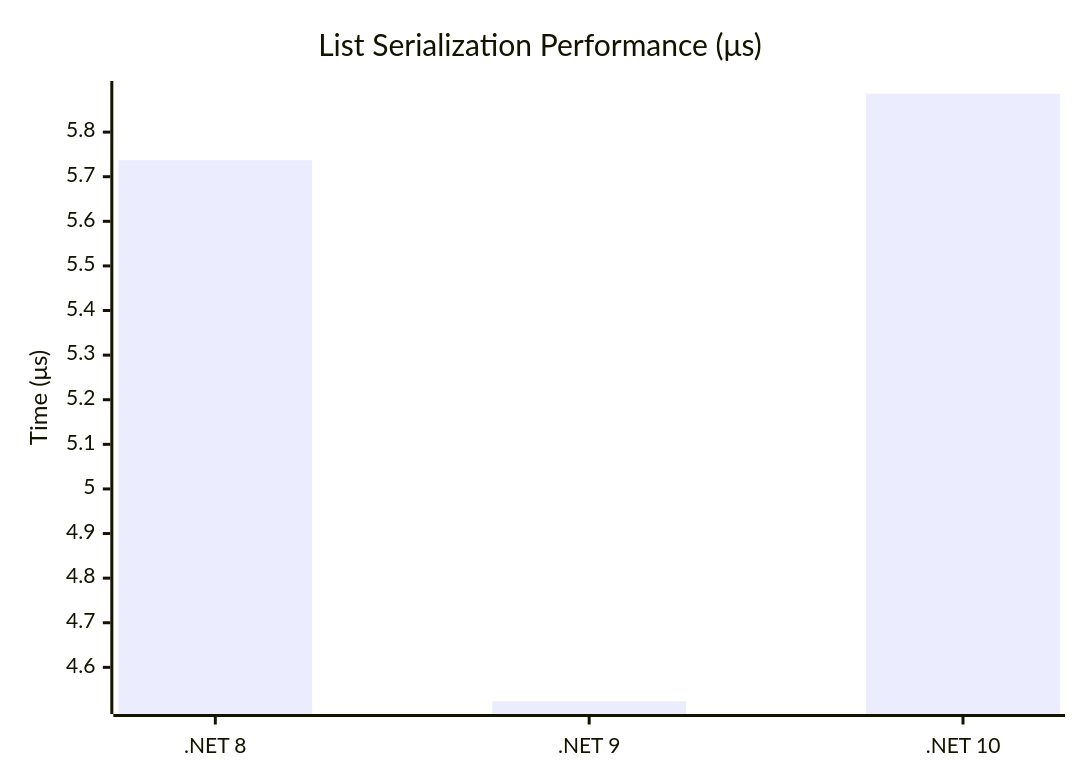
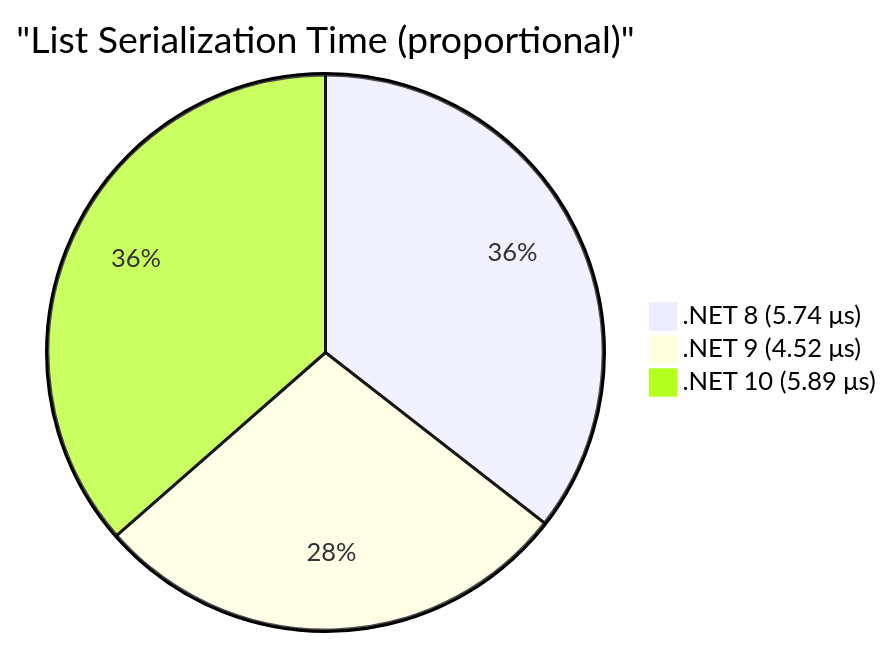
One commit to IsMikeTaken/ProtobuffEncoder changed the first of 2 diagrams in Writerside/topics/collections_and_types1.md. Above: the diagram before and after it, drawn with Mermaid. The commit also changed other lines of this file and 64 other files, not shown here.

````diff
--- a/Writerside/topics/collections_and_types1.md
+++ b/Writerside/topics/collections_and_types1.md
@@ -18,7 +18,6 @@
 ```mermaid
-xychart-beta
-    title "List Serialization Performance (μs)"
-    x-axis [".NET 8", ".NET 9", ".NET 10"]
-    y-axis "Time (μs)"
-    bar [5.737, 4.524, 5.886]
+pie title "List Serialization Time (proportional)"
+    ".NET 8 (5.74 μs)" : 5737
+    ".NET 9 (4.52 μs)" : 4524
+    ".NET 10 (5.89 μs)" : 5886
 ```
````
